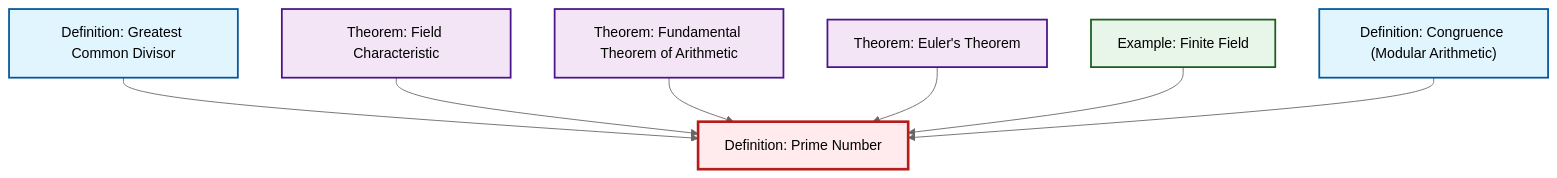
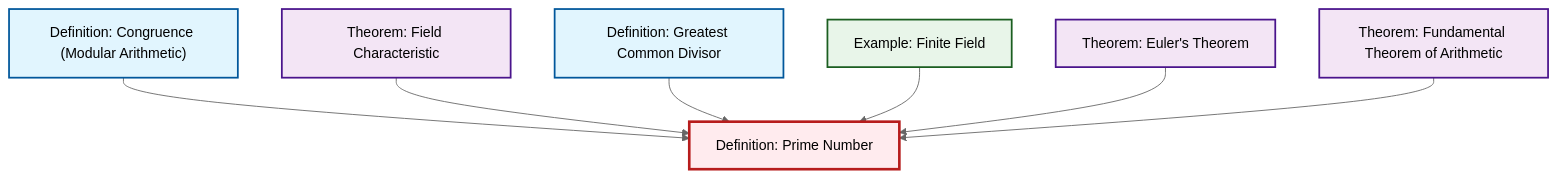
The diagram in content/ja/number-theory/def-prime.qmd (RK0429/ModernMath), drawn with Mermaid (neutral theme) before and after one commit. The commit also changed other lines of this file and 474 other files, not shown here.

````diff
--- a/content/ja/number-theory/def-prime.qmd
+++ b/content/ja/number-theory/def-prime.qmd
@@ -54,29 +54,29 @@
 ```{mermaid}
 %%| fig-cap: "Local dependency graph"
 graph TD
     classDef definition fill:#e1f5fe,stroke:#01579b,stroke-width:2px
     classDef theorem fill:#f3e5f5,stroke:#4a148c,stroke-width:2px
     classDef axiom fill:#fff3e0,stroke:#e65100,stroke-width:2px
     classDef example fill:#e8f5e9,stroke:#1b5e20,stroke-width:2px
     classDef current fill:#ffebee,stroke:#b71c1c,stroke-width:3px
-    ex-finite-field["Example: Finite Field"]:::example
+    thm-euler["Theorem: Euler's Theorem"]:::theorem
     def-prime["Definition: Prime Number"]:::definition
     def-gcd["Definition: Greatest Common Divisor"]:::definition
+    def-congruence["Definition: Congruence (Modular Arithmetic)"]:::definition
+    ex-finite-field["Example: Finite Field"]:::example
+    thm-field-characteristic["Theorem: Field Characteristic"]:::theorem
     thm-fundamental-arithmetic["Theorem: Fundamental Theorem of Arithmetic"]:::theorem
-    thm-field-characteristic["Theorem: Field Characteristic"]:::theorem
-    thm-euler["Theorem: Euler's Theorem"]:::theorem
-    def-congruence["Definition: Congruence (Modular Arithmetic)"]:::definition
+    def-congruence --> def-prime
+    thm-field-characteristic --> def-prime
     def-gcd --> def-prime
-    thm-field-characteristic --> def-prime
+    ex-finite-field --> def-prime
+    thm-euler --> def-prime
     thm-fundamental-arithmetic --> def-prime
-    thm-euler --> def-prime
-    ex-finite-field --> def-prime
-    def-congruence --> def-prime
     class def-prime current
+    click thm-euler "thm-euler.html" "Theorem: Euler's Theoremへ"
+    click def-gcd "def-gcd.html" "Definition: Greatest Common Divisorへ"
+    click def-congruence "def-congruence.html" "Definition: Congruence (Modular Arithmetic)へ"
     click ex-finite-field "ex-finite-field.html" "Example: Finite Fieldへ"
-    click def-gcd "def-gcd.html" "Definition: Greatest Common Divisorへ"
+    click thm-field-characteristic "thm-field-characteristic.html" "Theorem: Field Characteristicへ"
     click thm-fundamental-arithmetic "thm-fundamental-arithmetic.html" "Theorem: Fundamental Theorem of Arithmeticへ"
-    click thm-field-characteristic "thm-field-characteristic.html" "Theorem: Field Characteristicへ"
-    click thm-euler "thm-euler.html" "Theorem: Euler's Theoremへ"
-    click def-congruence "def-congruence.html" "Definition: Congruence (Modular Arithmetic)へ"
 ```
````
